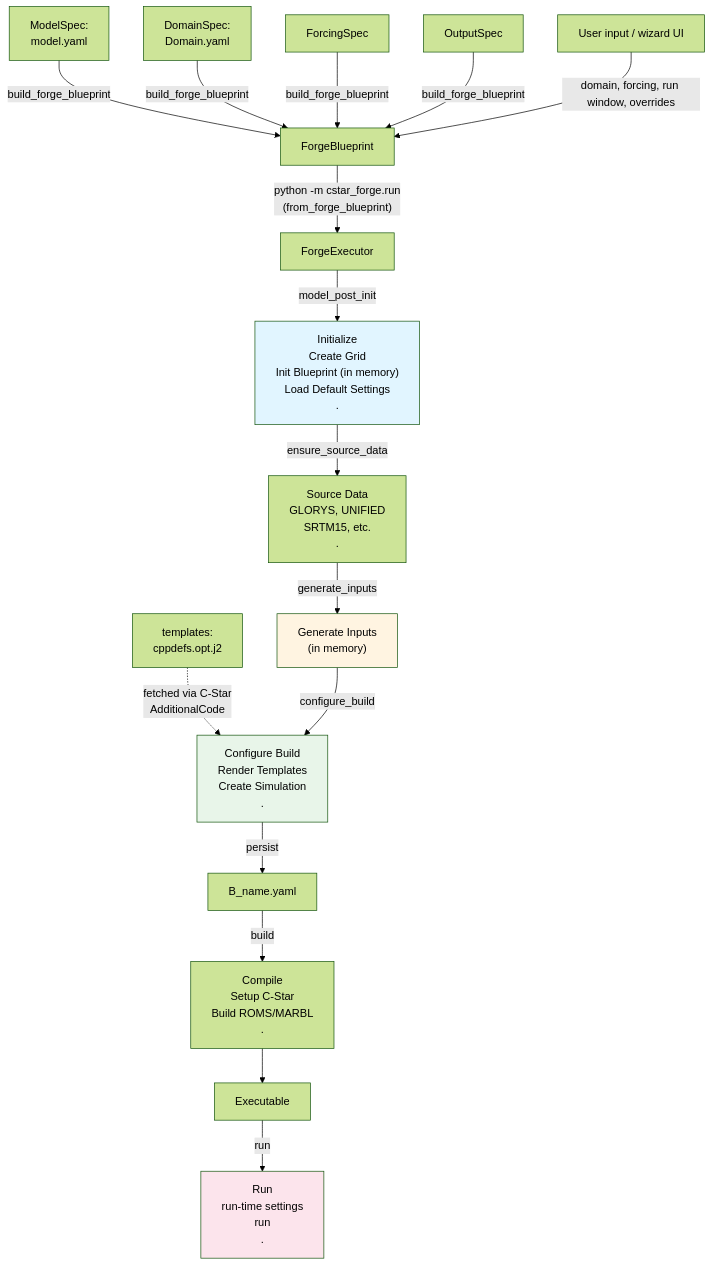
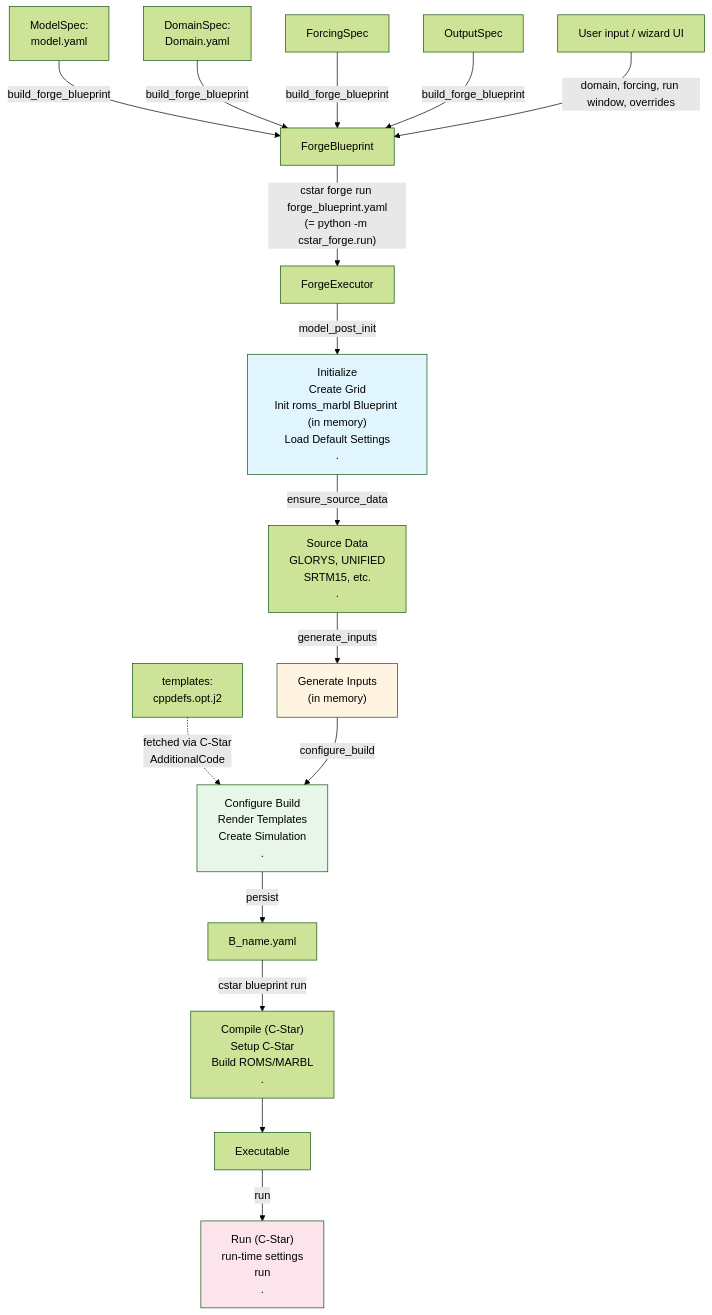
The diagram in forge-import/docs/domain-generation-overview.md (CWorthy-ocean/C-Star), drawn with Mermaid (forest theme) before and after one commit. The commit also changed other lines of this file and 53 other files, not shown here.

Commit message:
Docs overhaul; source c-star from conda-forge (#113)

````diff
--- a/forge-import/docs/domain-generation-overview.md
+++ b/forge-import/docs/domain-generation-overview.md
@@ -13,32 +14,32 @@
 ```{mermaid}
 flowchart TD
     MS["ModelSpec:<br/>model.yaml"] -->|build_forge_blueprint| B[ForgeBlueprint]
     DS["DomainSpec:<br/>Domain.yaml"] -->|build_forge_blueprint| B
     FS["ForcingSpec"] -->|build_forge_blueprint| B
     OS["OutputSpec"] -->|build_forge_blueprint| B
 
     C["User input / wizard UI"] -->|domain, forcing, run window, overrides| B
 
-    B -->|"python -m cstar_forge.run<br/>(from_forge_blueprint)"| D[ForgeExecutor]
+    B -->|"cstar forge run forge_blueprint.yaml<br/>(= python -m cstar_forge.run)"| D[ForgeExecutor]
 
-    D -->|model_post_init| E["Initialize<br/>Create Grid<br/>Init Blueprint (in memory)<br/>Load Default Settings<br/>."]
+    D -->|model_post_init| E["Initialize<br/>Create Grid<br/>Init roms_marbl Blueprint (in memory)<br/>Load Default Settings<br/>."]
 
     E -->|ensure_source_data| G["Source Data<br/>GLORYS, UNIFIED<br/>SRTM15, etc.<br/>."]
 
     G -->|generate_inputs| H["Generate Inputs<br/>(in memory)"]
 
     T["templates:<br/>cppdefs.opt.j2"] -.->|fetched via C-Star<br/>AdditionalCode| J
 
     H -->|configure_build| J["Configure Build<br/>Render Templates<br/>Create Simulation<br/>."]
     J -->|persist| K[B_name.yaml]
 
-    K -->|build| L["Compile<br/>Setup C-Star<br/>Build ROMS/MARBL<br/>."]
+    K -->|"cstar blueprint run"| L["Compile (C-Star)<br/>Setup C-Star<br/>Build ROMS/MARBL<br/>."]
     L --> M[Executable]
 
-    M -->|run| N["Run<br/>run-time settings<br/>run<br/>."]
+    M -->|run| N["Run (C-Star)<br/>run-time settings<br/>run<br/>."]
 
     style E fill:#e1f5ff
     style H fill:#fff4e1
     style J fill:#e8f5e9
     style N fill:#fce4ec
 ```
````
